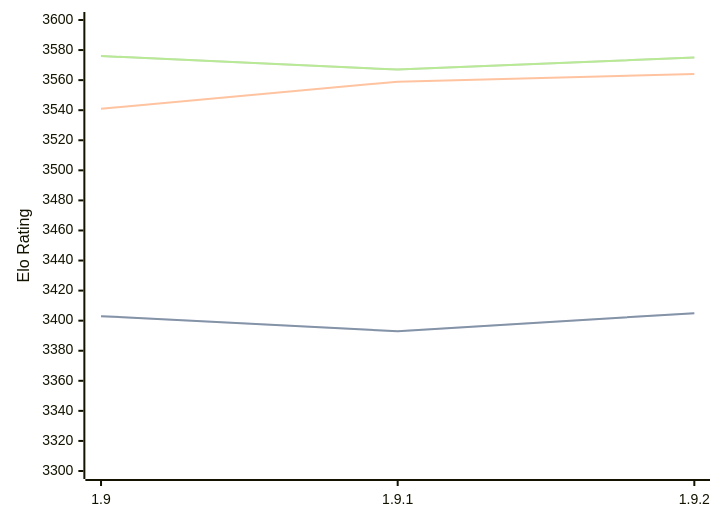
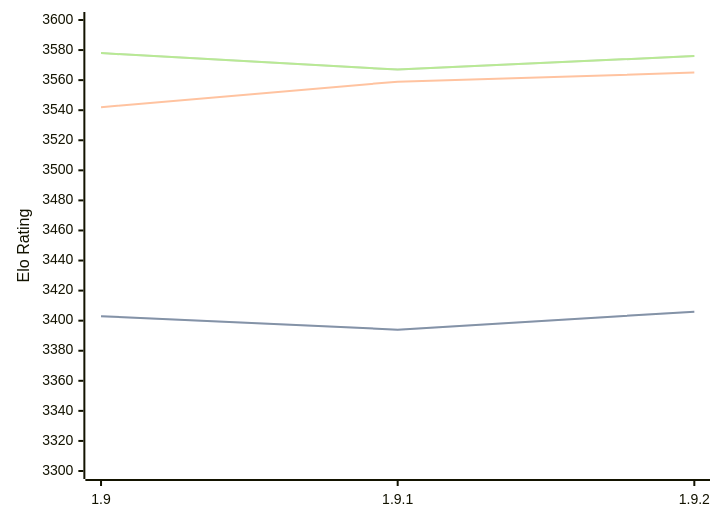
One commit to computer-chess-index/cci changed the diagram in engines/Pawnocchio.md. Above: the diagram before and after it, drawn with Mermaid. The commit also changed other lines of this file, not shown here.

Commit message:
Update CCI Ratings (ELO VLTC) - 2026-04-13

````diff
--- a/engines/Pawnocchio.md
+++ b/engines/Pawnocchio.md
@@ -48,11 +48,11 @@
 ```mermaid
 %%{init: {"theme":"base","themeVariables":{"seriesColors:['#a3a3a3','#222221','#faa371']}}}%%
 xychart-beta
   x-axis ["1.9", "1.9.1", "1.9.2"]
   y-axis "Elo Rating" 3300 --> 3600
-  line "STC (8.0+0.08s)" [3403, 3393, 3405]
-  line "STC (8.0+0.08s)" [3403, 3393, 3405]
-  line "LTC (60.0+0.60s)" [3541, 3559, 3564]
-  line "VLTC (2m24s+1.12s)" [3576, 3567, 3575]
-  line "VLTC (2m24s+1.12s)" [3576, 3567, 3575]
+  line "STC (8.0+0.08s)" [3403, 3394, 3406]
+  line "STC (8.0+0.08s)" [3403, 3394, 3406]
+  line "LTC (60.0+0.60s)" [3542, 3559, 3565]
+  line "VLTC (2m24s+1.12s)" [3578, 3567, 3576]
+  line "VLTC (2m24s+1.12s)" [3578, 3567, 3576]
 ```
````
